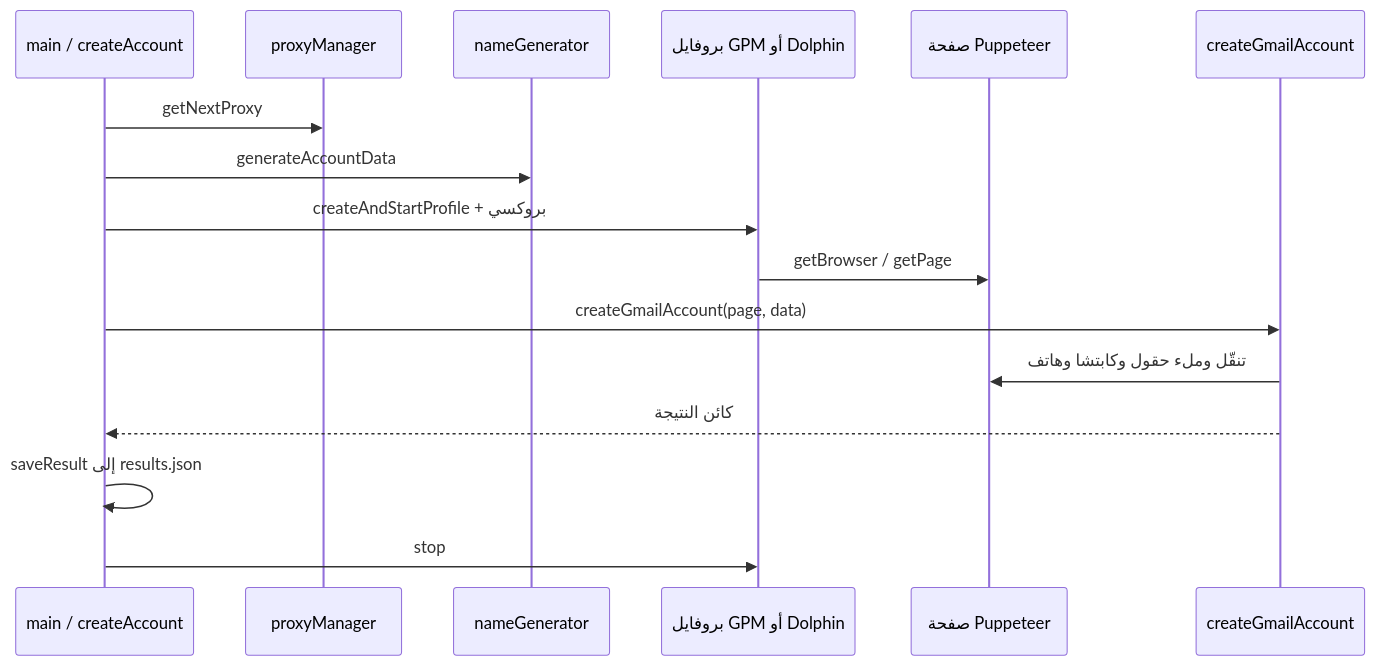
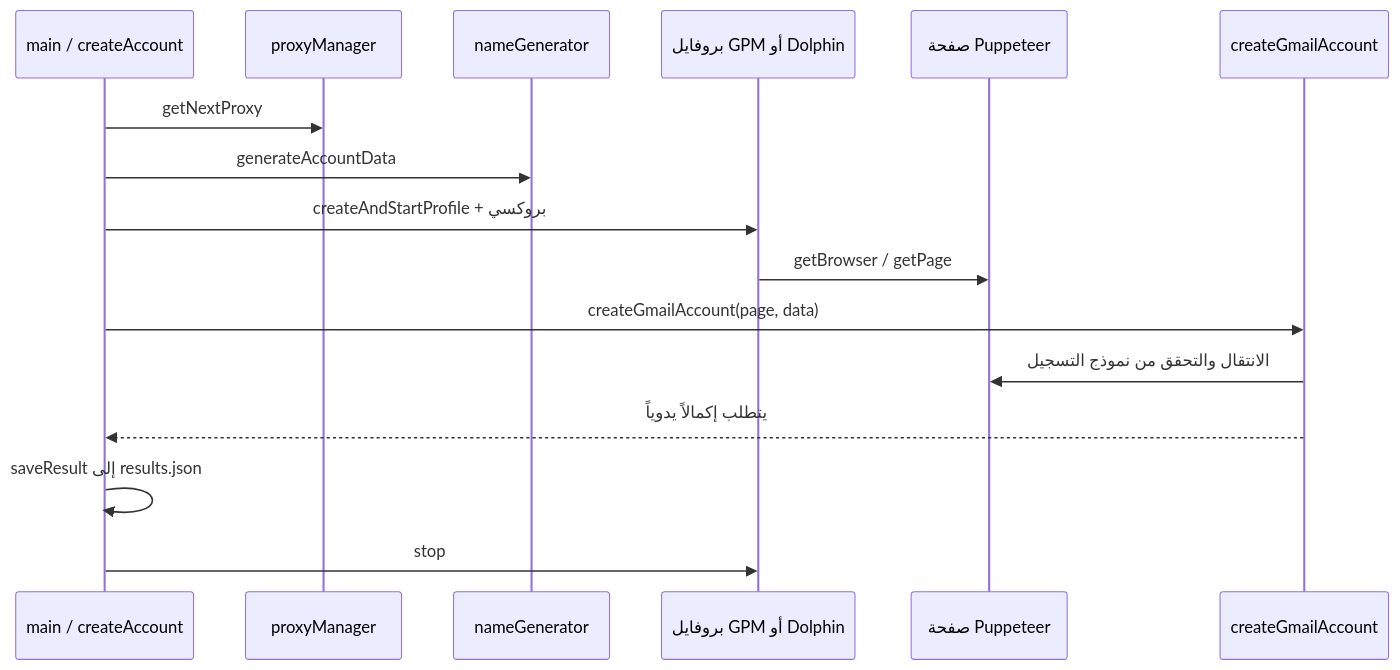
One commit to lihah111222333-cloud/camoufox-profile-suite changed the second of 3 diagrams in README_AR.md. Above: the diagram before and after it, drawn with Mermaid. The commit also changed other lines of this file and 87 other files, not shown here.

````diff
--- a/README_AR.md
+++ b/README_AR.md
@@ -252,19 +246,19 @@
 ```mermaid
 sequenceDiagram
   participant M as main / createAccount
   participant P as proxyManager
   participant N as nameGenerator
   participant Pr as بروفايل GPM أو Dolphin
   participant PP as صفحة Puppeteer
   participant G as createGmailAccount
 
   M->>P: getNextProxy
   M->>N: generateAccountData
   M->>Pr: createAndStartProfile + بروكسي
   Pr->>PP: getBrowser / getPage
   M->>G: createGmailAccount(page, data)
-  G->>PP: تنقّل وملء حقول وكابتشا وهاتف
-  G-->>M: كائن النتيجة
+  G->>PP: الانتقال والتحقق من نموذج التسجيل
+  G-->>M: يتطلب إكمالاً يدوياً
   M->>M: saveResult إلى results.json
   M->>Pr: stop
 ```
````
